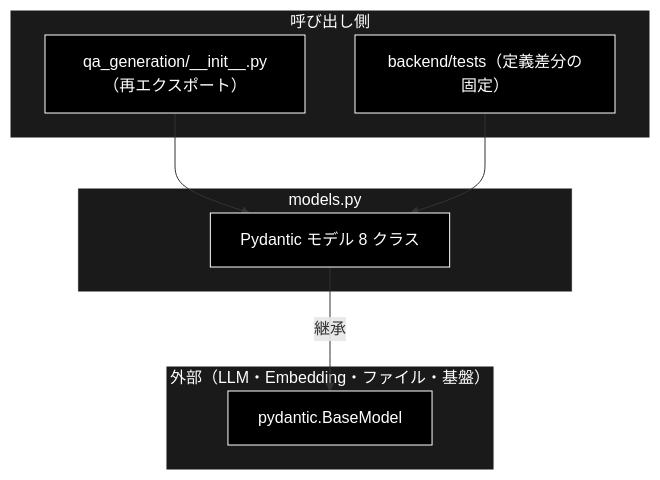
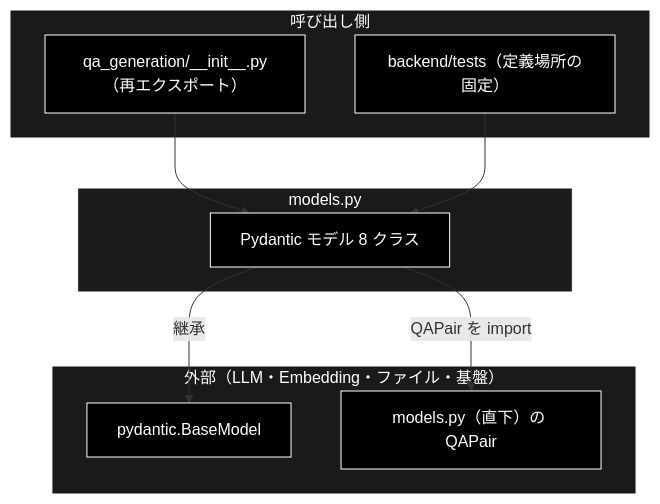
The first of 2 diagrams in qa_generation/docs/models.md (nakashima2toshio/grace_v2), drawn with Mermaid before and after one commit. The commit also changed other lines of this file and 6 other files, not shown here.

First line of the commit message:
refactor(qa_generation): QAPair を直下 models.py の定義へ一本化する

````diff
--- a/qa_generation/docs/models.md
+++ b/qa_generation/docs/models.md
@@ -61,22 +61,24 @@
 ```mermaid
 flowchart TB
     subgraph CALLER["呼び出し側"]
         INIT["qa_generation/__init__.py（再エクスポート）"]
-        TEST["backend/tests（定義差分の固定）"]
+        TEST["backend/tests（定義場所の固定）"]
     end
     subgraph TARGET["models.py"]
         M["Pydantic モデル 8 クラス"]
     end
     subgraph EXTERNAL["外部（LLM・Embedding・ファイル・基盤）"]
         PYD["pydantic.BaseModel"]
+        ROOT["models.py（直下）の QAPair"]
     end
     INIT --> M
     TEST --> M
     M -->|"継承"| PYD
+    M -->|"QAPair を import"| ROOT
 classDef default fill:#000,stroke:#fff,color:#fff
 classDef subgraphStyle fill:#1a1a1a,stroke:#fff,color:#fff
-class INIT,TEST,M,PYD default
+class INIT,TEST,M,PYD,ROOT default
 style CALLER fill:#1a1a1a,stroke:#fff,color:#fff
 style TARGET fill:#1a1a1a,stroke:#fff,color:#fff
 style EXTERNAL fill:#1a1a1a,stroke:#fff,color:#fff
 ```
````
